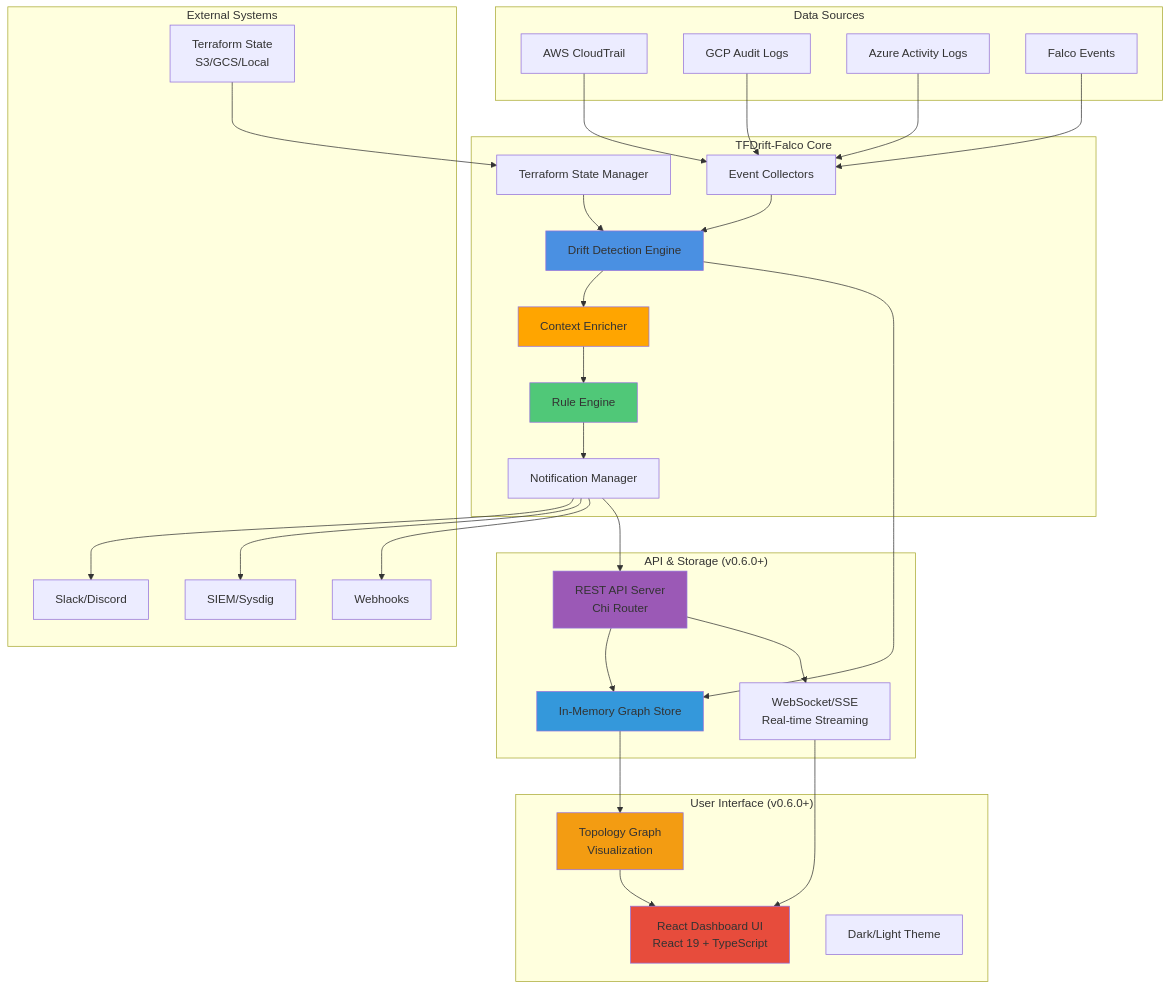
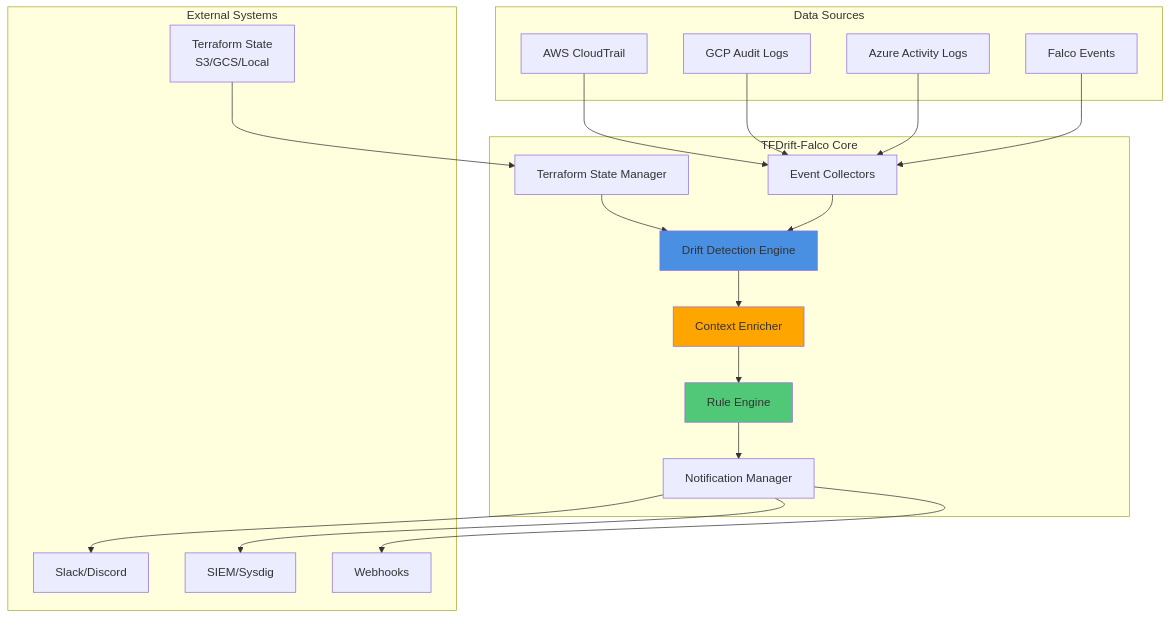
Before and after one commit to higakikeita/tfdrift-falco: the first of 13 diagrams in docs/architecture.md, drawn with Mermaid. The commit also changed other lines of this file and 6 other files, not shown here.

````diff
--- a/docs/architecture.md
+++ b/docs/architecture.md
@@ -38,70 +38,46 @@
 ```mermaid
 graph TB
     subgraph "Data Sources"
         A1[AWS CloudTrail]
         A2[GCP Audit Logs]
         A3[Azure Activity Logs]
         A4[Falco Events]
     end
 
     subgraph "TFDrift-Falco Core"
         B1[Event Collectors]
         B2[Terraform State Manager]
         B3[Drift Detection Engine]
         B4[Context Enricher]
         B5[Rule Engine]
         B6[Notification Manager]
-    end
-
-    subgraph "API & Storage (v0.6.0+)"
-        D1[REST API Server<br/>Chi Router]
-        D2[In-Memory Graph Store]
-        D3[WebSocket/SSE<br/>Real-time Streaming]
-    end
-
-    subgraph "User Interface (v0.6.0+)"
-        E1[React Dashboard UI<br/>React 19 + TypeScript]
-        E2[Topology Graph<br/>Visualization]
-        E3[Dark/Light Theme]
     end
 
     subgraph "External Systems"
         C1[Terraform State<br/>S3/GCS/Local]
         C2[Slack/Discord]
         C3[SIEM/Sysdig]
         C4[Webhooks]
     end
 
     A1 --> B1
     A2 --> B1
     A3 --> B1
     A4 --> B1
 
     C1 --> B2
 
     B1 --> B3
     B2 --> B3
     B3 --> B4
     B4 --> B5
     B5 --> B6
 
     B6 --> C2
     B6 --> C3
     B6 --> C4
 
-    B3 --> D2
-    B6 --> D1
-    D1 --> D2
-    D1 --> D3
-    D3 --> E1
-    D2 --> E2
-    E2 --> E1
-
     style B3 fill:#4A90E2
     style B4 fill:#FFA500
     style B5 fill:#50C878
-    style D1 fill:#9B59B6
-    style D2 fill:#3498DB
-    style E1 fill:#E74C3C
-    style E2 fill:#F39C12
 ```
````
